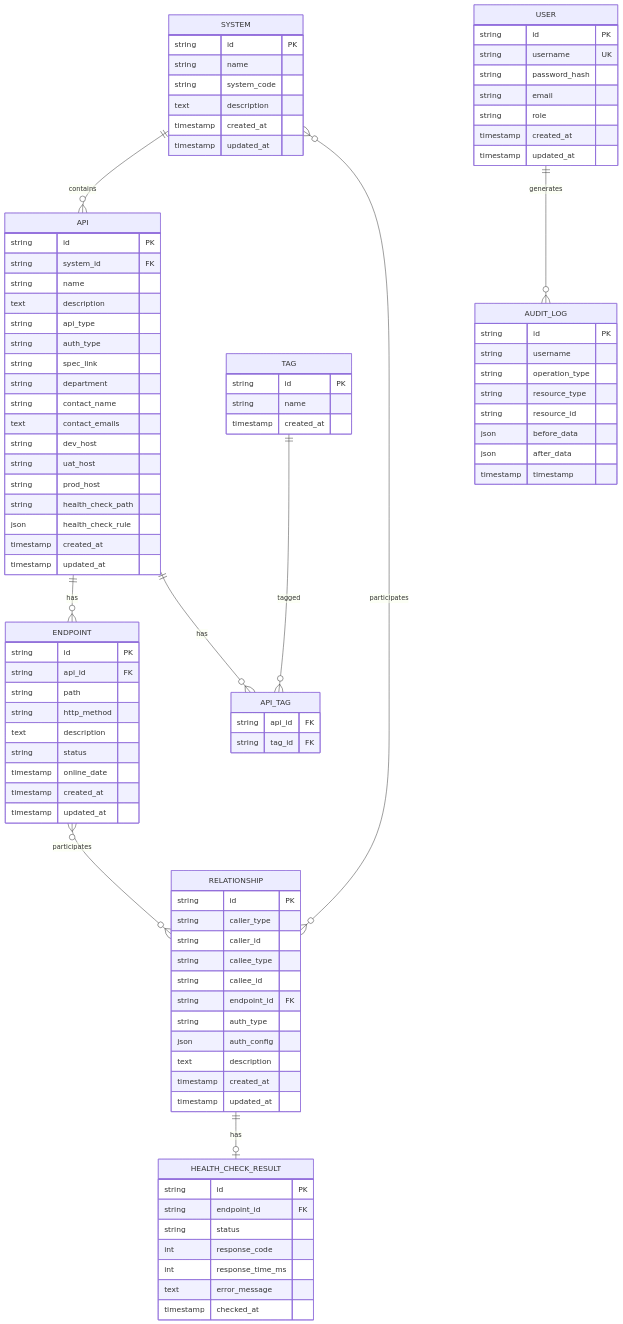
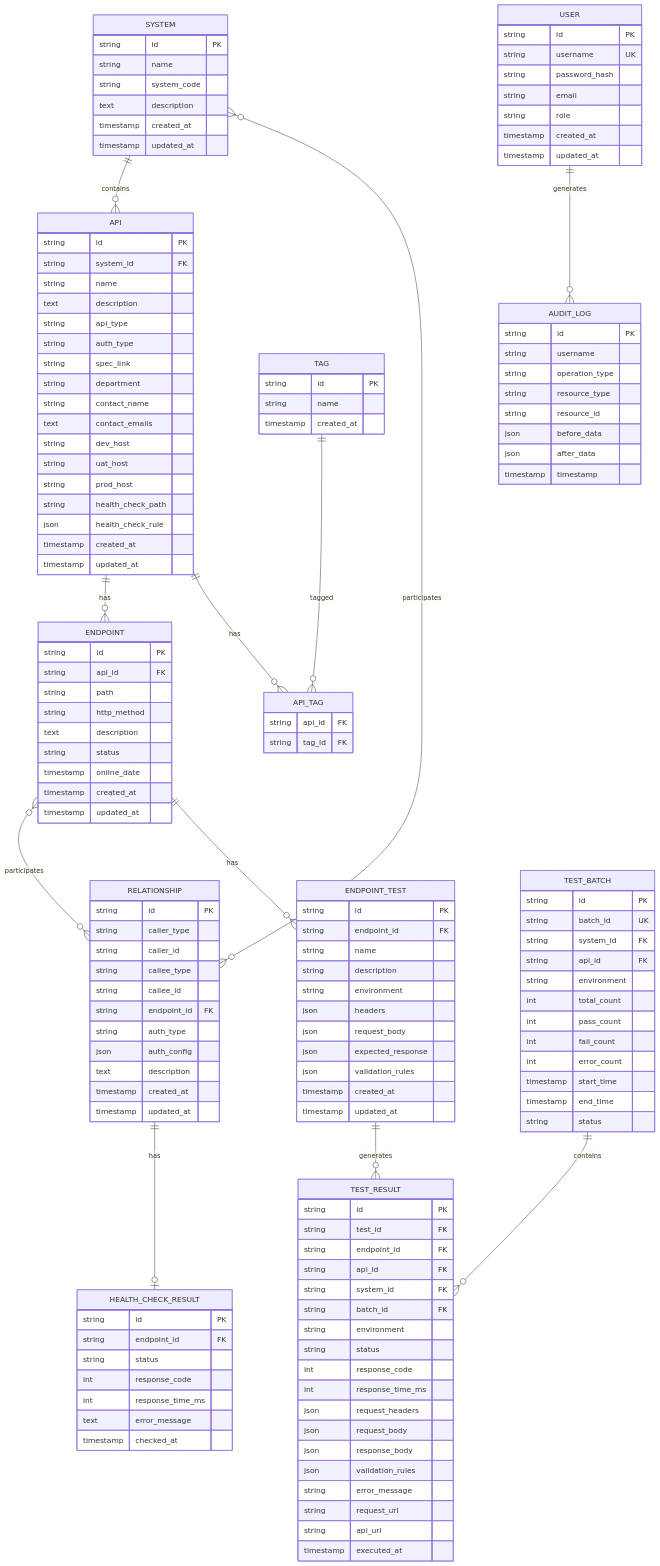
The diagram in .kiro/specs/api-management-system/design.md (LyonYao/api-management-system), drawn with Mermaid before and after one commit. The commit also changed other lines of this file and 35 other files, not shown here.

````diff
--- a/.kiro/specs/api-management-system/design.md
+++ b/.kiro/specs/api-management-system/design.md
@@ -591,6 +798,9 @@
     SYSTEM }o--o{ RELATIONSHIP : participates
     RELATIONSHIP ||--o| HEALTH_CHECK_RESULT : has
     USER ||--o{ AUDIT_LOG : generates
+    ENDPOINT ||--o{ ENDPOINT_TEST : has
+    ENDPOINT_TEST ||--o{ TEST_RESULT : generates
+    TEST_BATCH ||--o{ TEST_RESULT : contains
 
     SYSTEM {
         string id PK
@@ -688,4 +898,54 @@
         json after_data
         timestamp timestamp
     }
+
+    ENDPOINT_TEST {
+        string id PK
+        string endpoint_id FK
+        string name
+        string description
+        string environment
+        json headers
+        json request_body
+        json expected_response
+        json validation_rules
+        timestamp created_at
+        timestamp updated_at
+    }
+
+    TEST_BATCH {
+        string id PK
+        string batch_id UK
+        string system_id FK
+        string api_id FK
+        string environment
+        int total_count
+        int pass_count
+        int fail_count
+        int error_count
+        timestamp start_time
+        timestamp end_time
+        string status
+    }
+
+    TEST_RESULT {
+        string id PK
+        string test_id FK
+        string endpoint_id FK
+        string api_id FK
+        string system_id FK
+        string batch_id FK
+        string environment
+        string status
+        int response_code
+        int response_time_ms
+        json request_headers
+        json request_body
+        json response_body
+        json validation_rules
+        string error_message
+        string request_url
+        string api_url
+        timestamp executed_at
+    }
 ```
````
